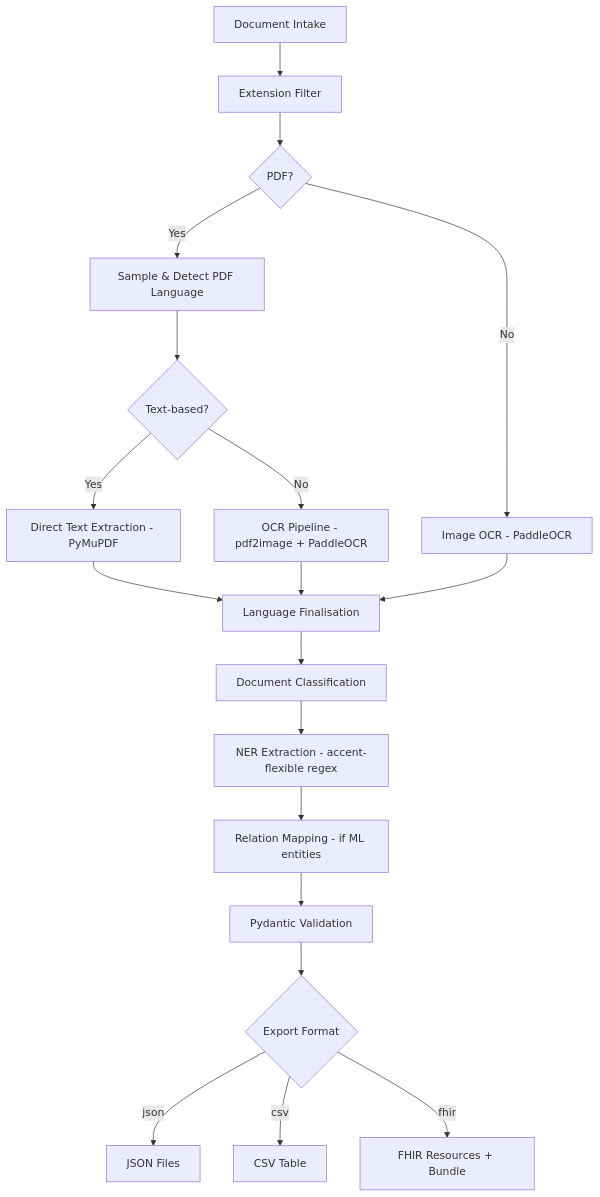
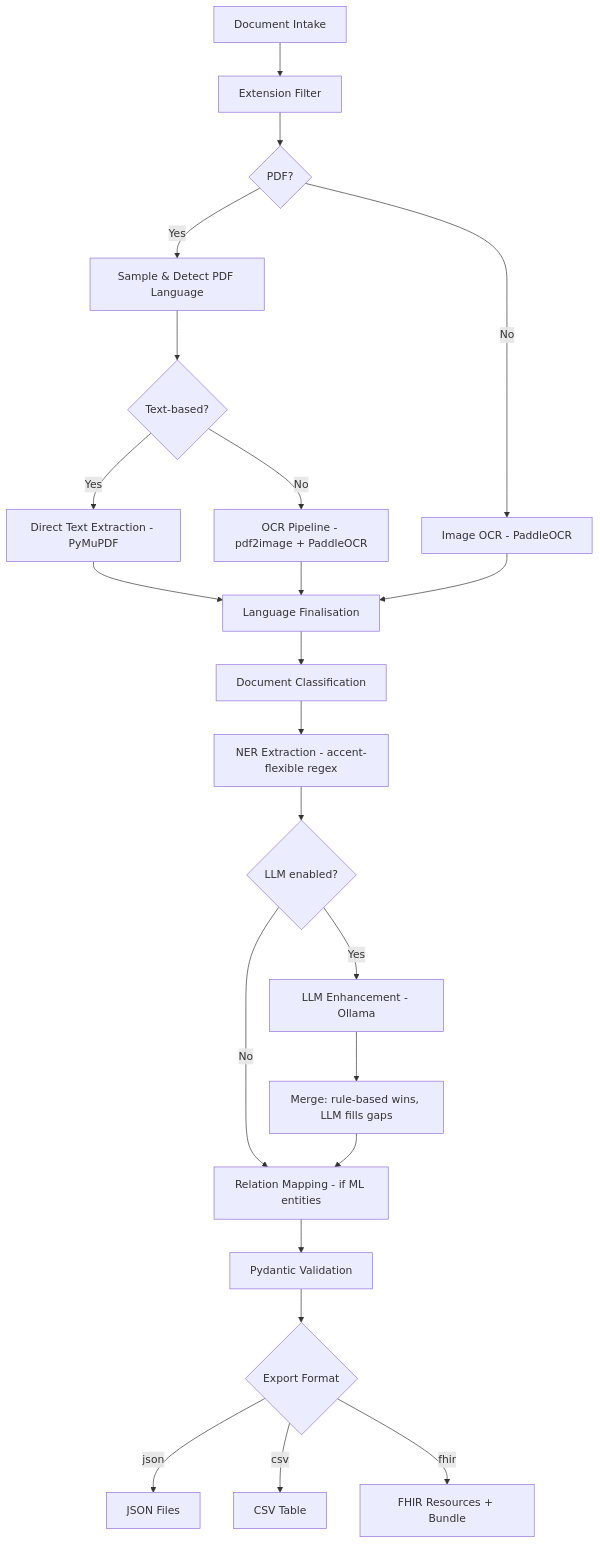
The diagram in README.md (pierremontanov/HealthParse), drawn with Mermaid before and after one commit. The commit also changed other lines of this file and 9 other files, not shown here.

First line of the commit message:
feat: integrate Ollama LLM enhancement layer into extraction pipeline

````diff
--- a/README.md
+++ b/README.md
@@ -39,21 +40,25 @@
 ```mermaid
 graph TD
     A[Document Intake] --> B[Extension Filter]
     B --> C{PDF?}
     C -- Yes --> D[Sample & Detect PDF Language]
     D --> E{Text-based?}
     E -- Yes --> F[Direct Text Extraction - PyMuPDF]
     E -- No --> G[OCR Pipeline - pdf2image + PaddleOCR]
     F --> H[Language Finalisation]
     G --> H
     C -- No --> I[Image OCR - PaddleOCR]
     I --> H
     H --> J[Document Classification]
     J --> K[NER Extraction - accent-flexible regex]
-    K --> L[Relation Mapping - if ML entities]
+    K --> K2{LLM enabled?}
+    K2 -- Yes --> K3[LLM Enhancement - Ollama]
+    K3 --> K4[Merge: rule-based wins, LLM fills gaps]
+    K2 -- No --> L[Relation Mapping - if ML entities]
+    K4 --> L
     L --> M[Pydantic Validation]
     M --> N{Export Format}
     N -- json --> O[JSON Files]
     N -- csv --> P[CSV Table]
     N -- fhir --> Q[FHIR Resources + Bundle]
 ```
````
